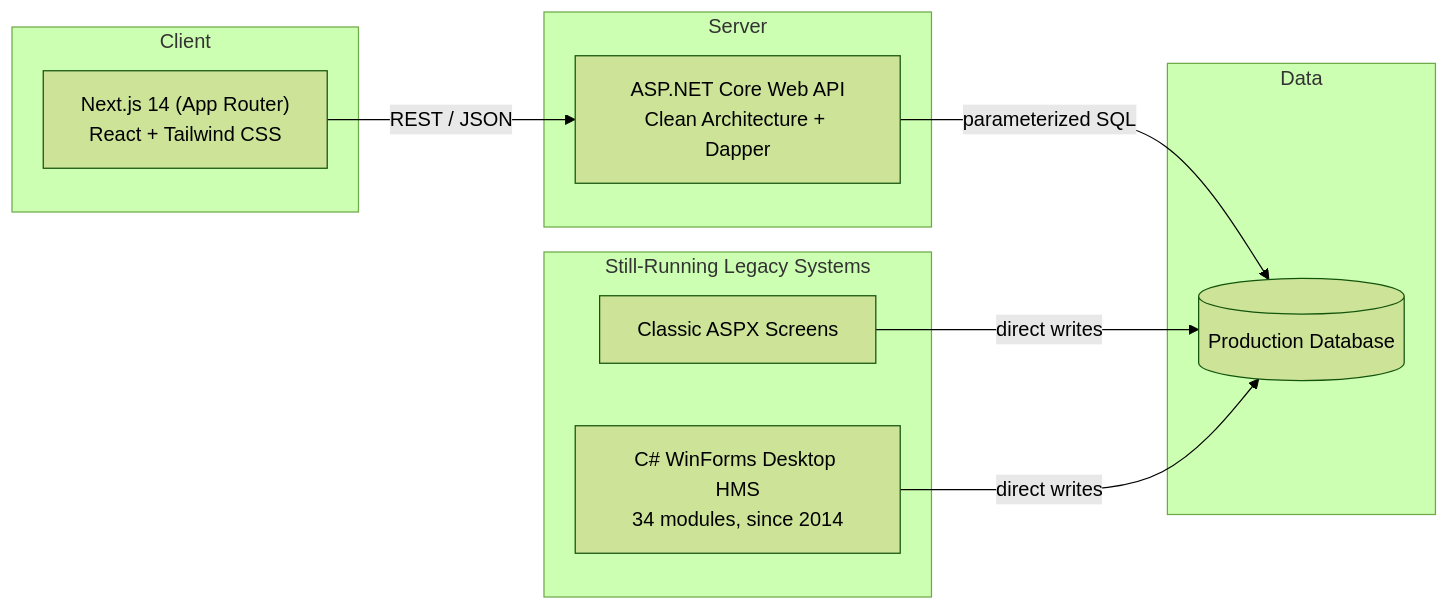
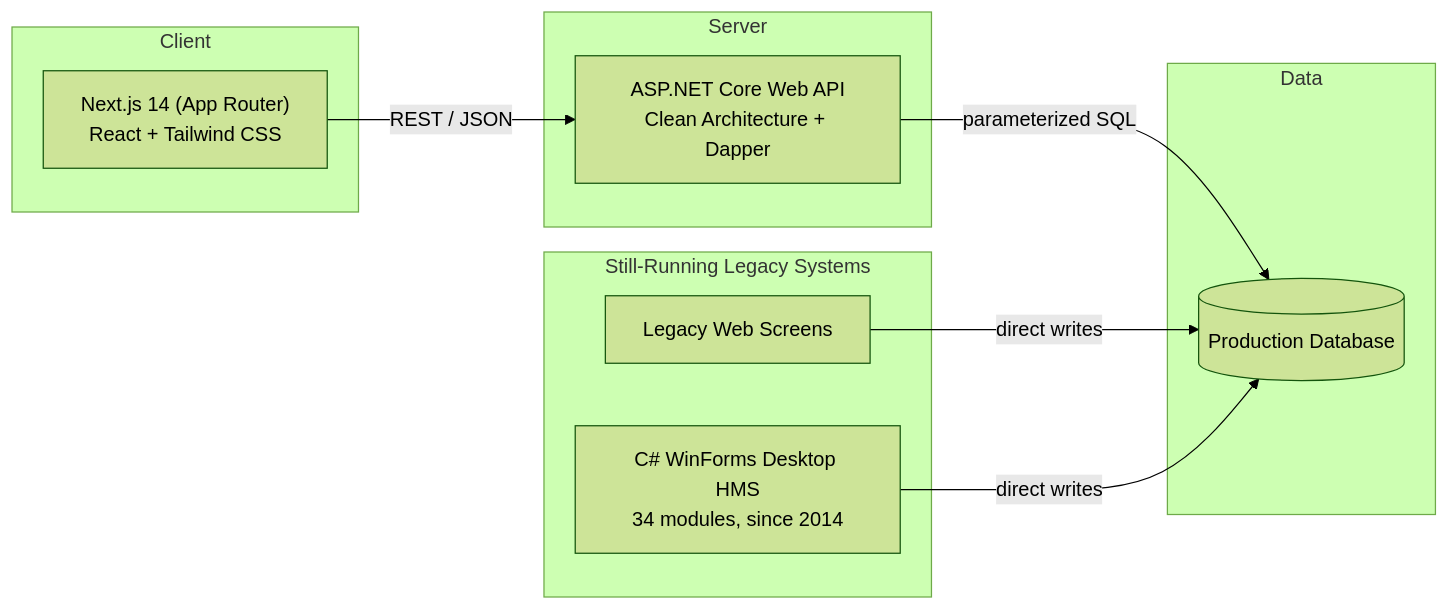
One commit to azizulbcse/nhfri-hims-case-study changed the diagram in README.md. Above: the diagram before and after it, drawn with Mermaid (forest theme). The commit also changed other lines of this file, not shown here.

First line of the commit message:
Remove details of past security issues and legacy internals

````diff
--- a/README.md
+++ b/README.md
@@ -76,21 +75,21 @@
 ```mermaid
 graph LR
     subgraph Client["Client"]
         A["Next.js 14 (App Router)<br/>React + Tailwind CSS"]
     end
     subgraph Server["Server"]
         B["ASP.NET Core Web API<br/>Clean Architecture + Dapper"]
     end
     subgraph Data["Data"]
         C[("Production Database")]
     end
     subgraph Legacy["Still-Running Legacy Systems"]
-        D["Classic ASPX Screens"]
+        D["Legacy Web Screens"]
         E["C# WinForms Desktop HMS<br/>34 modules, since 2014"]
     end
 
     A -- "REST / JSON" --> B
     B -- "parameterized SQL" --> C
     D -- "direct writes" --> C
     E -- "direct writes" --> C
 ```
````
